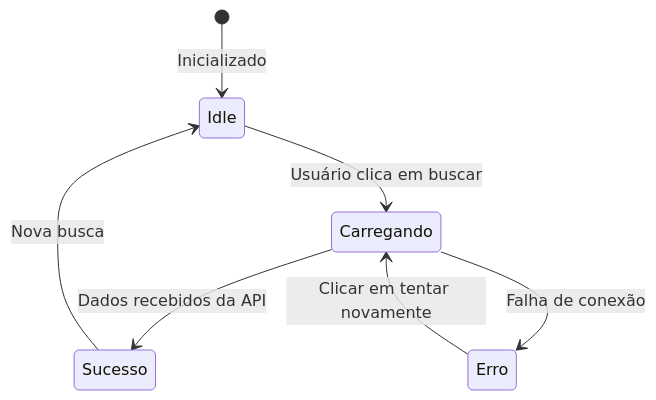
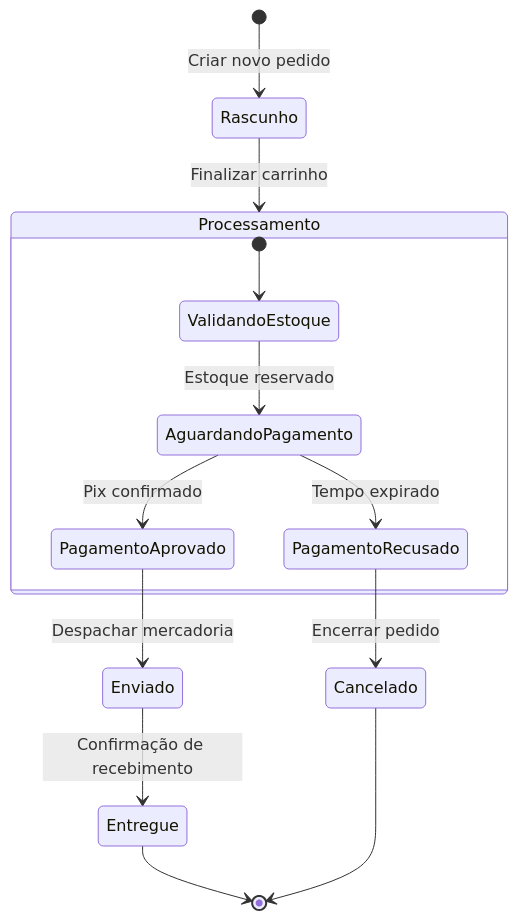
Before and after one commit to leorruas/programacao: the seventh of 14 diagrams in mermaid/Sintaxe e possibilidades com Mermaid.md, drawn with Mermaid. The commit also changed other lines of this file and 1 other file, not shown here.

Commit message:
docs(mermaid): expandir exaustivamente sintaxe, diagramas e recursos do mermaid

````diff
--- a/mermaid/Sintaxe e possibilidades com Mermaid.md
+++ b/mermaid/Sintaxe e possibilidades com Mermaid.md
@@ -144,9 +272,18 @@
 ```mermaid
 stateDiagram-v2
-    [*] --> Idle: Inicializado
-    Idle --> Carregando: Usuário clica em buscar
-    Carregando --> Sucesso: Dados recebidos da API
-    Carregando --> Erro: Falha de conexão
-    Erro --> Carregando: Clicar em tentar novamente
-    Sucesso --> Idle: Nova busca
+    [*] --> Rascunho : Criar novo pedido
+
+    state Processamento {
+        [*] --> ValidandoEstoque
+        ValidandoEstoque --> AguardandoPagamento : Estoque reservado
+        AguardandoPagamento --> PagamentoAprovado : Pix confirmado
+        AguardandoPagamento --> PagamentoRecusado : Tempo expirado
+    }
+
+    Rascunho --> Processamento : Finalizar carrinho
+    PagamentoAprovado --> Enviado : Despachar mercadoria
+    PagamentoRecusado --> Cancelado : Encerrar pedido
+    Enviado --> Entregue : Confirmação de recebimento
+    Entregue --> [*]
+    Cancelado --> [*]
 ```
````
